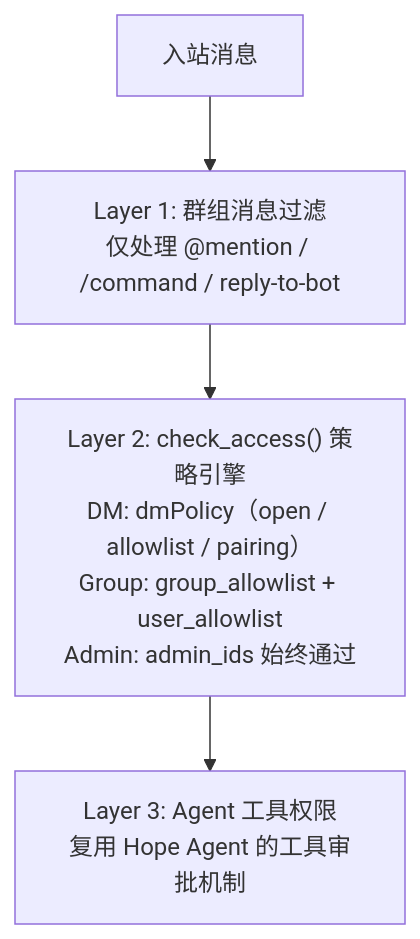
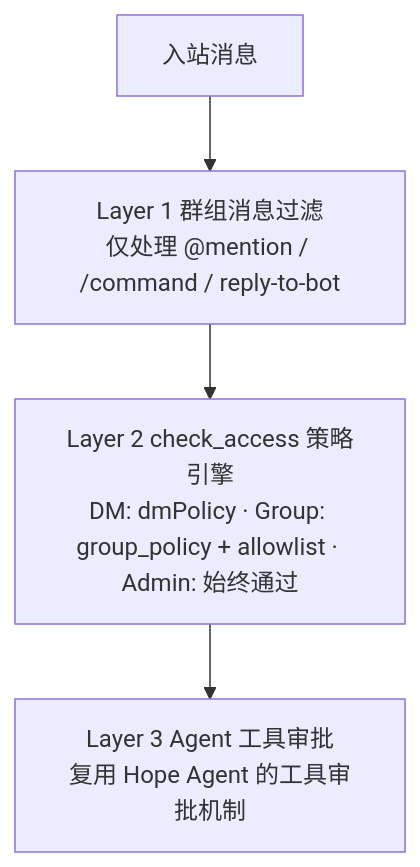
One commit to shiwenwen/hope-agent changed the tenth of 10 diagrams in docs/architecture/im-channel.md. Above: the diagram before and after it, drawn with Mermaid. The commit also changed other lines of this file and 1 other file, not shown here.

````diff
--- a/docs/architecture/im-channel.md
+++ b/docs/architecture/im-channel.md
@@ -1910,8 +1065,8 @@
 ```mermaid
 flowchart TD
     IN["入站消息"]
-    L1["Layer 1: 群组消息过滤<br/>仅处理 @mention / /command / reply-to-bot"]
-    L2["Layer 2: check_access() 策略引擎<br/>DM: dmPolicy（open / allowlist / pairing）<br/>Group: group_allowlist + user_allowlist<br/>Admin: admin_ids 始终通过"]
-    L3["Layer 3: Agent 工具权限<br/>复用 Hope Agent 的工具审批机制"]
+    L1["Layer 1 群组消息过滤<br/>仅处理 @mention / /command / reply-to-bot"]
+    L2["Layer 2 check_access 策略引擎<br/>DM: dmPolicy · Group: group_policy + allowlist · Admin: 始终通过"]
+    L3["Layer 3 Agent 工具审批<br/>复用 Hope Agent 的工具审批机制"]
     IN --> L1 --> L2 --> L3
 ```
````
